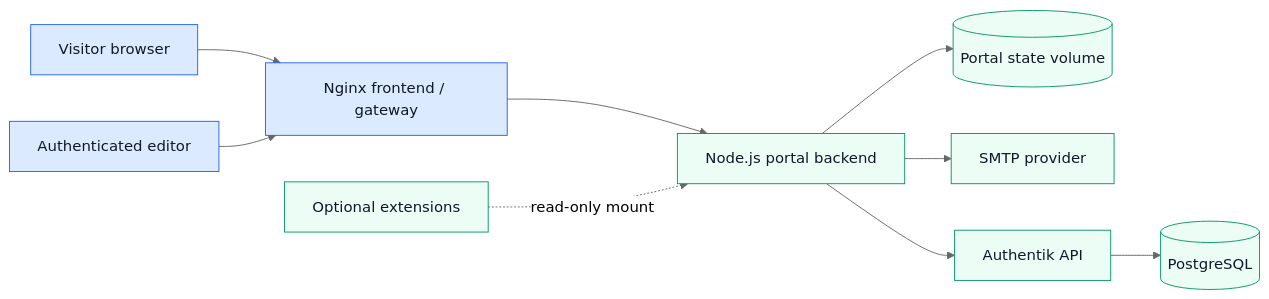
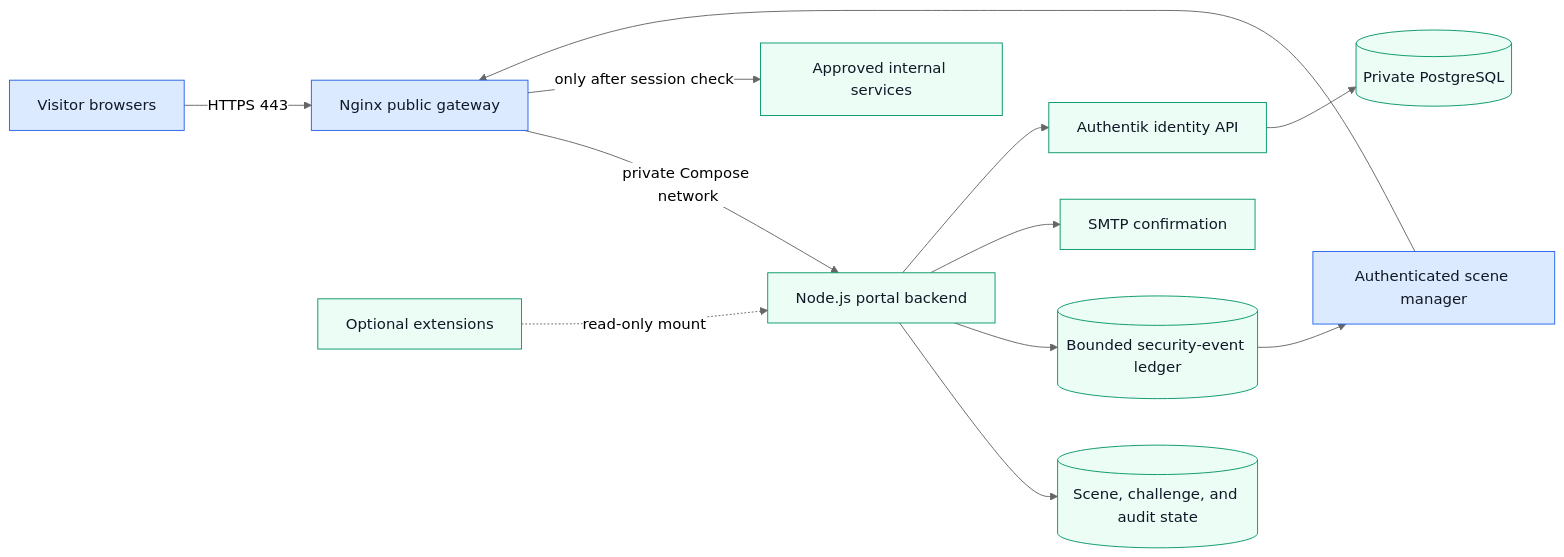
The first of 2 diagrams in README.md (zipkindev/scene-access-gateway), drawn with Mermaid (neutral theme) before and after one commit. The commit also changed other lines of this file and 5 other files, not shown here.

````diff
--- a/README.md
+++ b/README.md
@@ -57,16 +95,19 @@
 ```mermaid
 flowchart LR
-    Visitor[Visitor browser] --> Gateway[Nginx frontend / gateway]
-    Editor[Authenticated editor] --> Gateway
-    Gateway --> Backend[Node.js portal backend]
-    Backend --> State[(Portal state volume)]
-    Backend --> Mail[SMTP provider]
-    Backend --> Authentik[Authentik API]
-    Authentik --> Postgres[(PostgreSQL)]
+    Visitor[Visitor browsers] -->|HTTPS 443| Gateway[Nginx public gateway]
+    Editor[Authenticated scene manager] --> Gateway
+    Gateway -->|private Compose network| Backend[Node.js portal backend]
+    Gateway -->|only after session check| Services[Approved internal services]
+    Backend --> State[(Scene, challenge, and audit state)]
+    Backend --> Security[(Bounded security-event ledger)]
+    Backend --> Mail[SMTP confirmation]
+    Backend --> Authentik[Authentik identity API]
+    Authentik --> Postgres[(Private PostgreSQL)]
+    Security --> Editor
     Extension[Optional extensions] -. read-only mount .-> Backend
 
     classDef public fill:#dbeafe,stroke:#2563eb,color:#111827
     classDef private fill:#ecfdf5,stroke:#059669,color:#111827
     class Visitor,Editor,Gateway public
-    class Backend,State,Mail,Authentik,Postgres,Extension private
+    class Backend,State,Security,Mail,Authentik,Postgres,Services,Extension private
 ```
````
